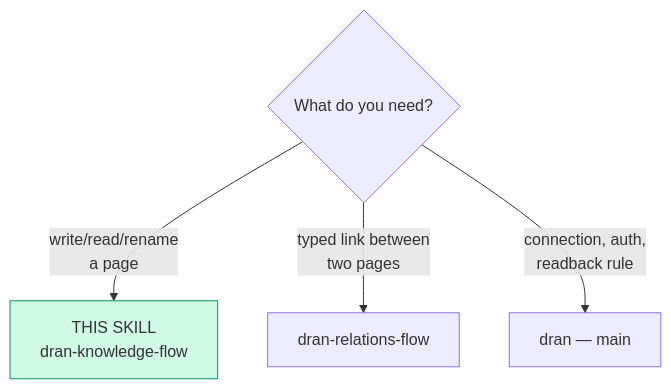
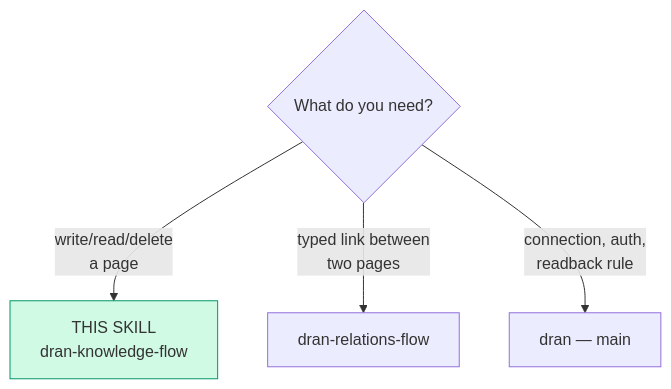
One commit to alvarolizama/dran changed the first of 2 diagrams in skills/dran-knowledge-flow/SKILL.md. Above: the diagram before and after it, drawn with Mermaid. The commit also changed other lines of this file and 9 other files, not shown here.

````diff
--- a/skills/dran-knowledge-flow/SKILL.md
+++ b/skills/dran-knowledge-flow/SKILL.md
@@ -22,8 +24,8 @@
 ```mermaid
 flowchart TD
-  Q{What do you need?} -->|"write/read/rename\na page"| SELF["THIS SKILL\ndran-knowledge-flow"]
+  Q{What do you need?} -->|"write/read/delete\na page"| SELF["THIS SKILL\ndran-knowledge-flow"]
   Q -->|"typed link between\ntwo pages"| R[dran-relations-flow]
   Q -->|"connection, auth,\nreadback rule"| D[dran — main]
 
   style SELF fill:#d1fae5,stroke:#059669
 ```
````
